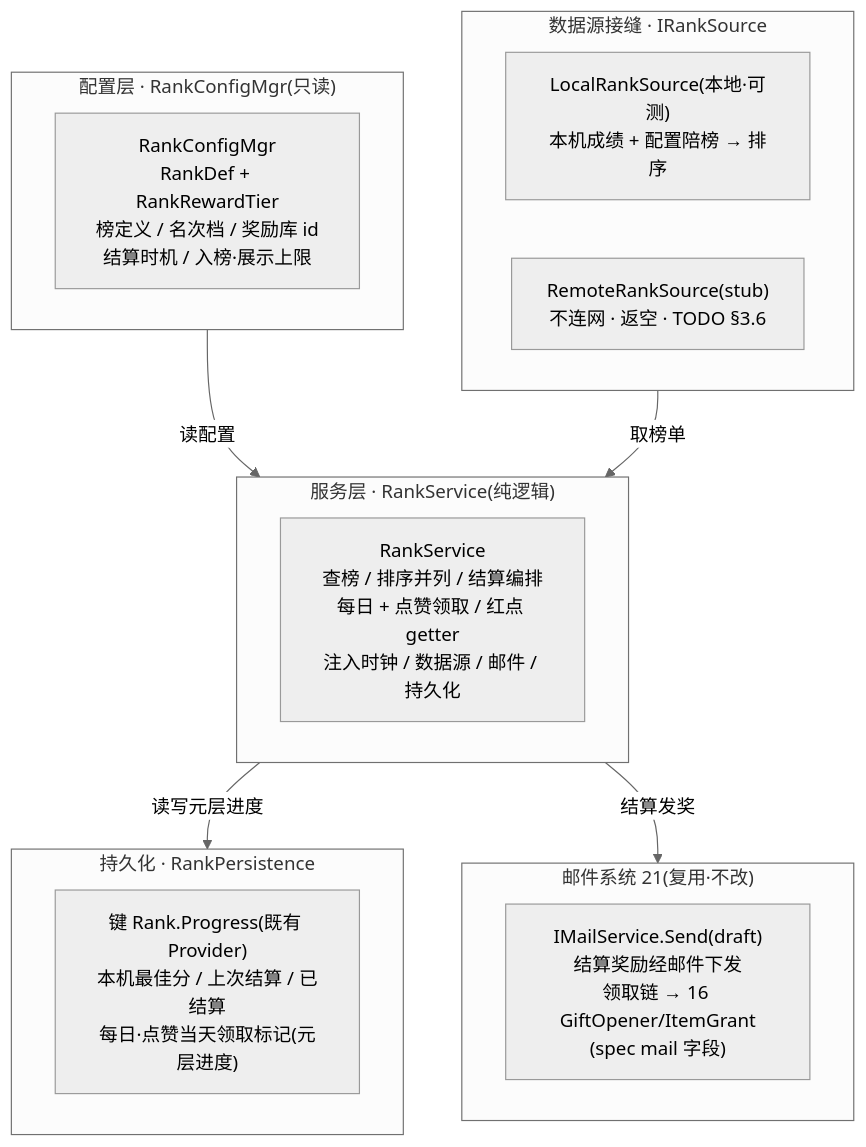
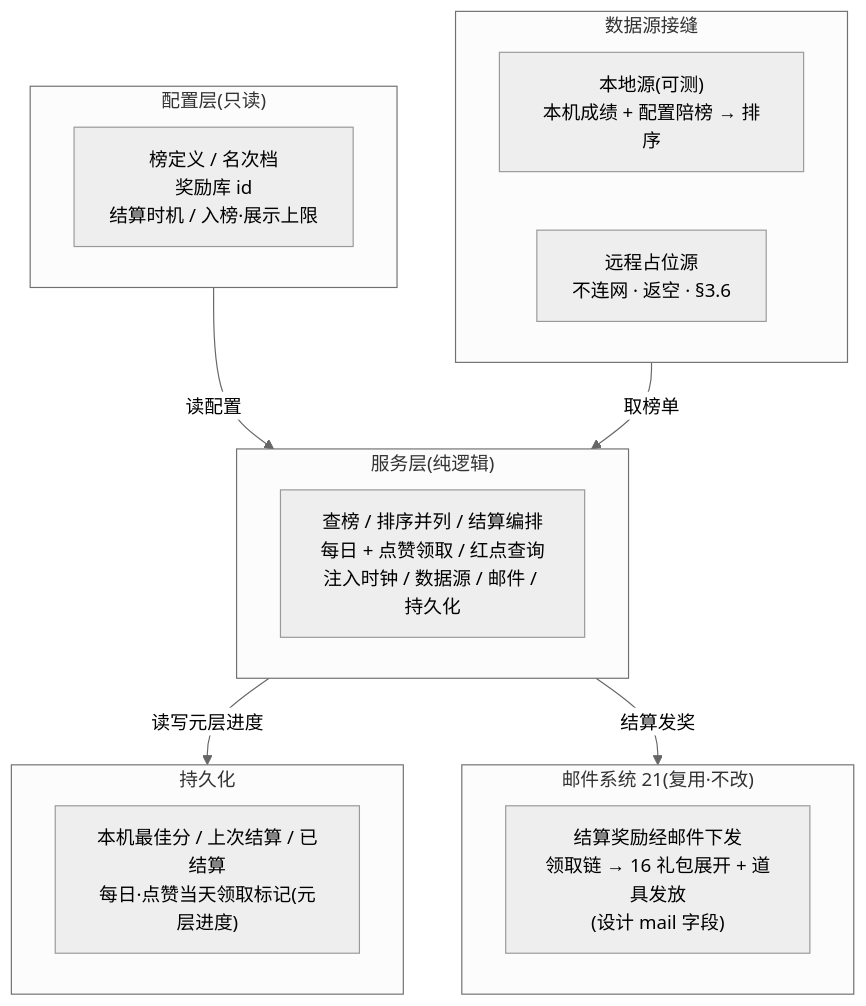
The first of 2 diagrams in UnityProject/design-docs/22-rank-system.md (zhoupeng921101/TEngine_zp), drawn with Mermaid (neutral theme) before and after one commit. The commit also changed other lines of this file and 20 other files, not shown here.

````diff
--- a/UnityProject/design-docs/22-rank-system.md
+++ b/UnityProject/design-docs/22-rank-system.md
@@ -70,23 +69,23 @@
 ```mermaid
 flowchart TD
-    subgraph cfg["配置层 · RankConfigMgr(只读)"]
-        c1["RankConfigMgr<br/>RankDef + RankRewardTier<br/>榜定义 / 名次档 / 奖励库 id<br/>结算时机 / 入榜·展示上限"]
+    subgraph cfg["配置层(只读)"]
+        c1["榜定义 / 名次档<br/>奖励库 id<br/>结算时机 / 入榜·展示上限"]
     end
-    subgraph svc["服务层 · RankService(纯逻辑)"]
-        s1["RankService<br/>查榜 / 排序并列 / 结算编排<br/>每日 + 点赞领取 / 红点 getter<br/>注入时钟 / 数据源 / 邮件 / 持久化"]
+    subgraph svc["服务层(纯逻辑)"]
+        s1["查榜 / 排序并列 / 结算编排<br/>每日 + 点赞领取 / 红点查询<br/>注入时钟 / 数据源 / 邮件 / 持久化"]
     end
-    subgraph src["数据源接缝 · IRankSource"]
-        d1["LocalRankSource(本地·可测)<br/>本机成绩 + 配置陪榜 → 排序"]
-        d2["RemoteRankSource(stub)<br/>不连网 · 返空 · TODO §3.6"]
+    subgraph src["数据源接缝"]
+        d1["本地源(可测)<br/>本机成绩 + 配置陪榜 → 排序"]
+        d2["远程占位源<br/>不连网 · 返空 · §3.6"]
     end
-    subgraph per["持久化 · RankPersistence"]
-        p1["键 Rank.Progress(既有 Provider)<br/>本机最佳分 / 上次结算 / 已结算<br/>每日·点赞当天领取标记(元层进度)"]
+    subgraph per["持久化"]
+        p1["本机最佳分 / 上次结算 / 已结算<br/>每日·点赞当天领取标记(元层进度)"]
     end
     subgraph mail["邮件系统 21(复用·不改)"]
-        m1["IMailService.Send(draft)<br/>结算奖励经邮件下发<br/>领取链 → 16 GiftOpener/ItemGrant<br/>(spec mail 字段)"]
+        m1["结算奖励经邮件下发<br/>领取链 → 16 礼包展开 + 道具发放<br/>(设计 mail 字段)"]
     end
     cfg -->|读配置| svc
     src -->|取榜单| svc
     svc -->|读写元层进度| per
     svc -->|结算发奖| mail
 ```
````
